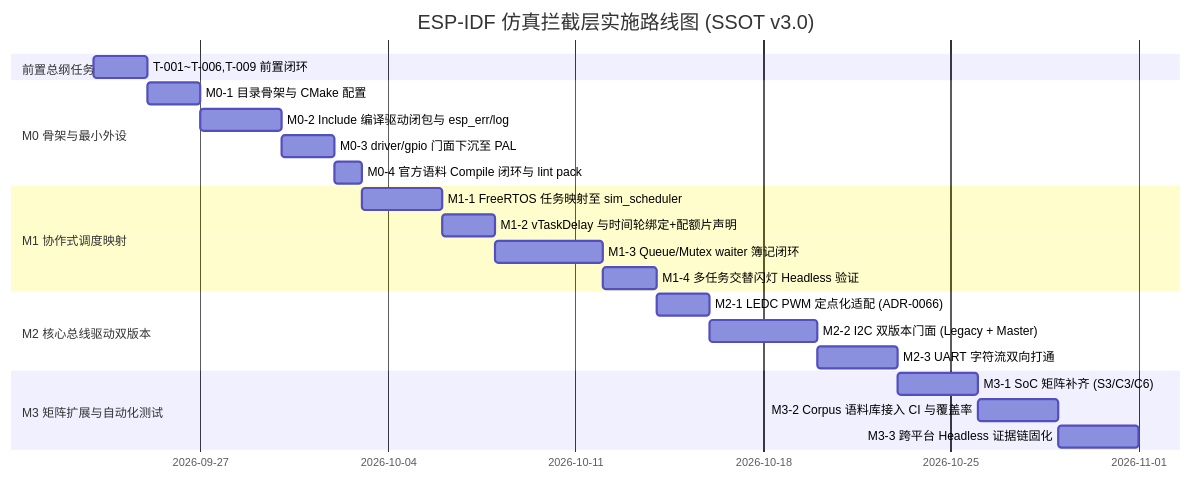
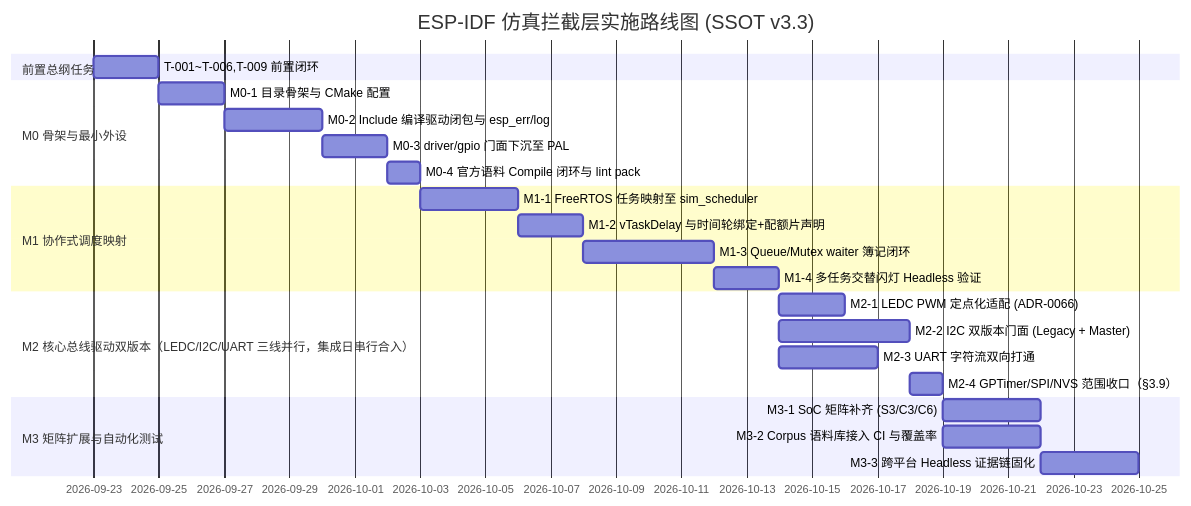
One commit to wink-cloud-hub/wink-ai-embedded changed the second of 2 diagrams in docs/implementation-plans/esp32/2026-09-22-esp-idf-simulation-interception-master-plan.md. Above: the diagram before and after it, drawn with Mermaid. The commit also changed other lines of this file and 5 other files, not shown here.

Commit message:
docs(esp-idf-sim): create M0-M3 sub-plans with detailed M0 plan (T-003)

````diff
--- a/docs/implementation-plans/esp32/2026-09-22-esp-idf-simulation-interception-master-plan.md
+++ b/docs/implementation-plans/esp32/2026-09-22-esp-idf-simulation-interception-master-plan.md
@@ -585,25 +612,26 @@
 ```mermaid
 gantt
-    title ESP-IDF 仿真拦截层实施路线图 (SSOT v3.0)
+    title ESP-IDF 仿真拦截层实施路线图 (SSOT v3.3)
     dateFormat  YYYY-MM-DD
     section 前置总纲任务
     T-001~T-006,T-009 前置闭环        :t0, 2026-09-23, 2d
     section M0 骨架与最小外设
     M0-1 目录骨架与 CMake 配置          :m0_1, after t0, 2d
     M0-2 Include 编译驱动闭包与 esp_err/log :m0_2, after m0_1, 3d
     M0-3 driver/gpio 门面下沉至 PAL     :m0_3, after m0_2, 2d
     M0-4 官方语料 Compile 闭环与 lint pack :m0_4, after m0_3, 1d
     section M1 协作式调度映射
     M1-1 FreeRTOS 任务映射至 sim_scheduler :m1_1, after m0_4, 3d
     M1-2 vTaskDelay 与时间轮绑定+配额片声明 :m1_2, after m1_1, 2d
     M1-3 Queue/Mutex waiter 簿记闭环     :m1_3, after m1_2, 4d
     M1-4 多任务交替闪灯 Headless 验证     :m1_4, after m1_3, 2d
-    section M2 核心总线驱动双版本
+    section M2 核心总线驱动双版本（LEDC/I2C/UART 三线并行，集成日串行合入）
     M2-1 LEDC PWM 定点化适配 (ADR-0066)  :m2_1, after m1_4, 2d
-    M2-2 I2C 双版本门面 (Legacy + Master) :m2_2, after m2_1, 4d
-    M2-3 UART 字符流双向打通              :m2_3, after m2_2, 3d
+    M2-2 I2C 双版本门面 (Legacy + Master) :m2_2, after m1_4, 4d
+    M2-3 UART 字符流双向打通              :m2_3, after m1_4, 3d
+    M2-4 GPTimer/SPI/NVS 范围收口（§3.9）  :m2_4, after m2_2, 1d
     section M3 矩阵扩展与自动化测试
-    M3-1 SoC 矩阵补齐 (S3/C3/C6)         :m3_1, after m2_3, 3d
-    M3-2 Corpus 语料库接入 CI 与覆盖率     :m3_2, after m3_1, 3d
+    M3-1 SoC 矩阵补齐 (S3/C3/C6)         :m3_1, after m2_4, 3d
+    M3-2 Corpus 语料库接入 CI 与覆盖率     :m3_2, after m2_4, 3d
     M3-3 跨平台 Headless 证据链固化        :m3_3, after m3_2, 3d
 ```
````
